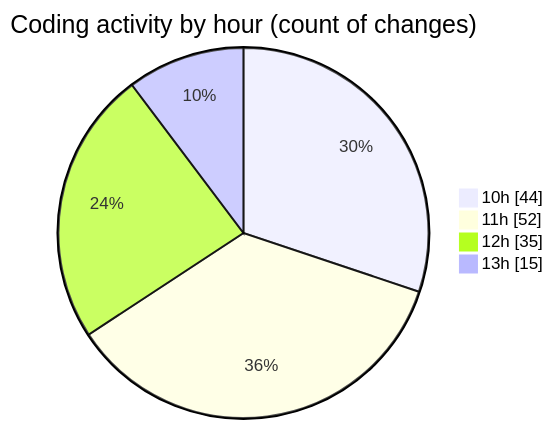
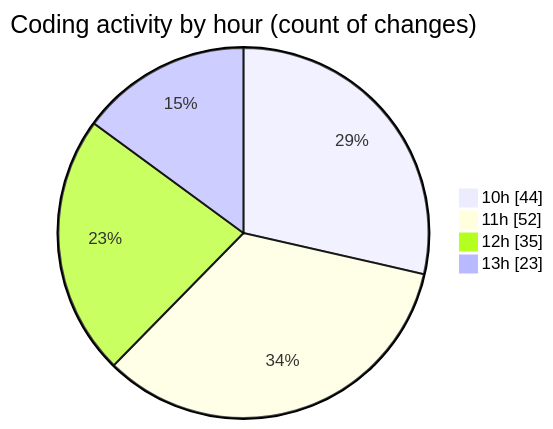
One commit to momahboobian/code-tracking changed the second of 2 diagrams in 2025-08-28/cda/README.md. Above: the diagram before and after it, drawn with Mermaid. The commit also changed other lines of this file and 1 other file, not shown here.

````diff
--- a/2025-08-28/cda/README.md
+++ b/2025-08-28/cda/README.md
@@ -35,8 +35,8 @@
 ```mermaid
 pie showData
 title Coding activity by hour (count of changes)
 "10h" : 44
 "11h" : 52
 "12h" : 35
-"13h" : 15
+"13h" : 23
 ```
````
